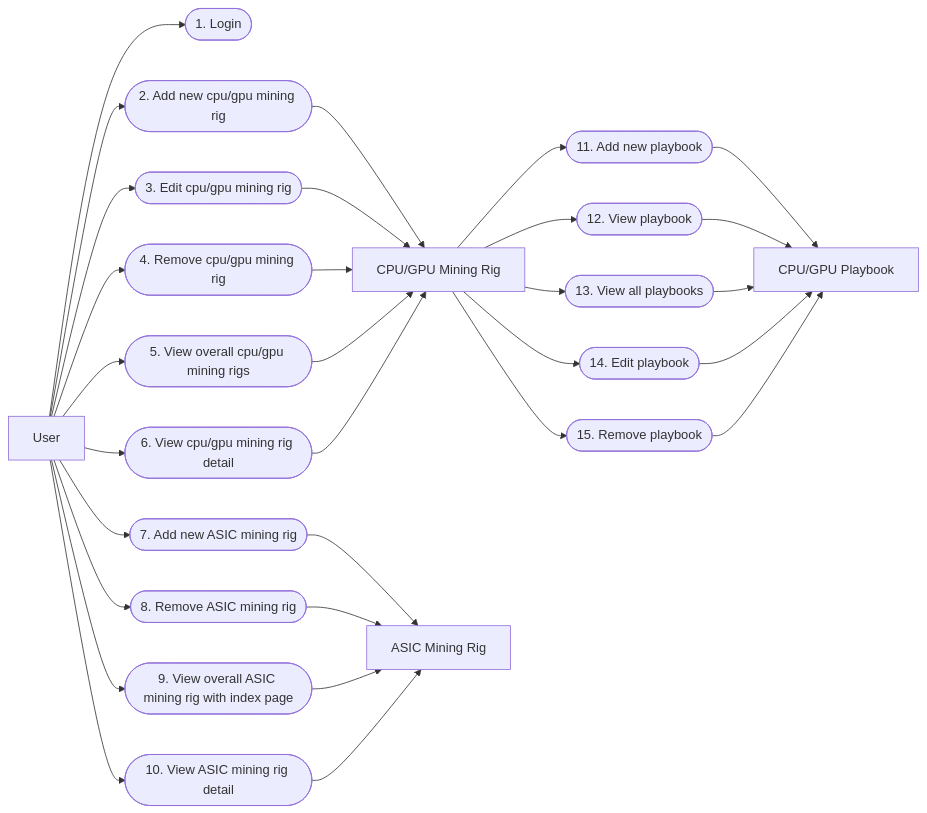
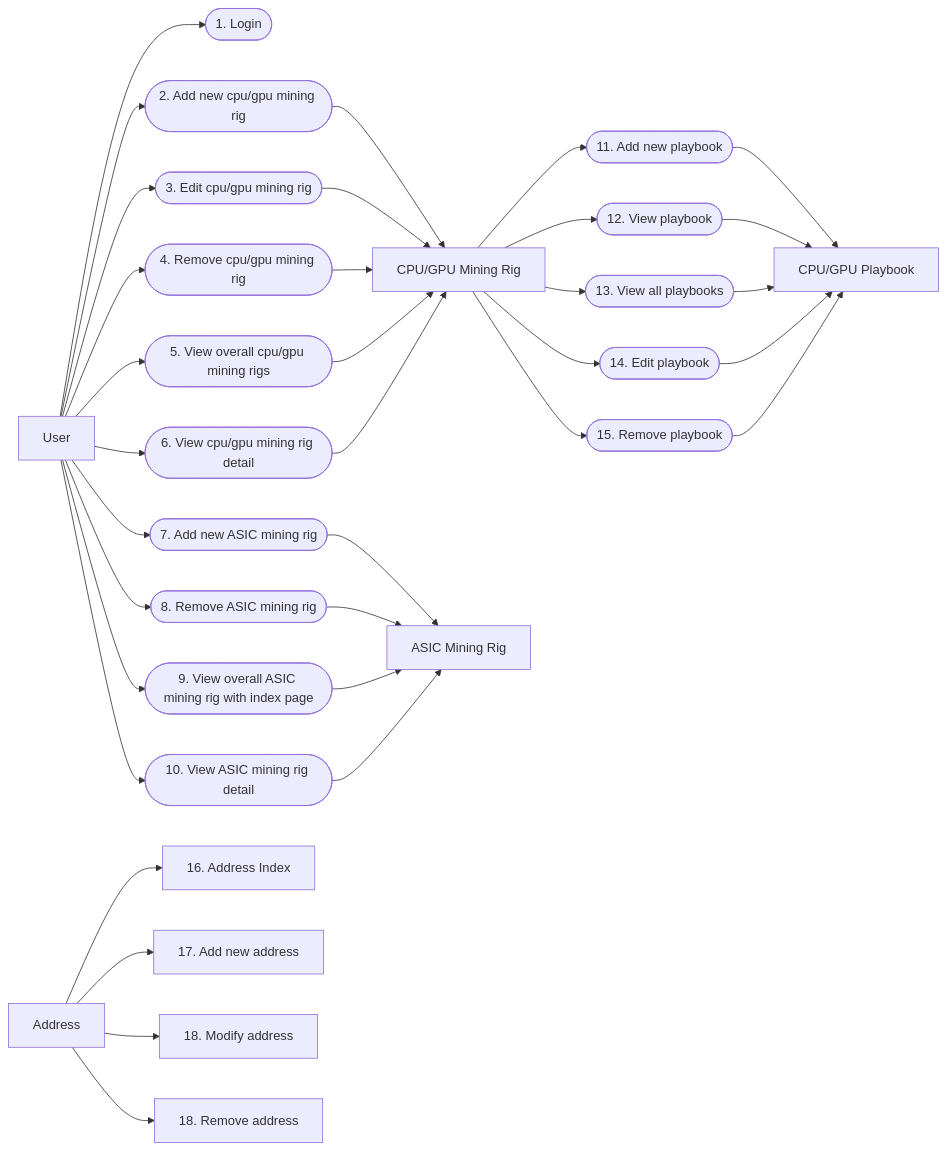
One commit to nguyenvinhlinh/Mining-Rig-Monitor-Document changed the diagram in docs/02-features.md. Above: the diagram before and after it, drawn with Mermaid.

Commit message:
add address feature.

````diff
--- a/docs/02-features.md
+++ b/docs/02-features.md
@@ -8,54 +8,61 @@
 ```mermaid
 flowchart LR
     User
     cpu-gpu-mining-rig[CPU/GPU Mining Rig]
     asic-mining-rig[ASIC Mining Rig]
     cpu-gpu-playbook[CPU/GPU Playbook]
+    address-book[Address]
 
     User --> f1([1. Login])
 
     User --> f2([2. Add new cpu/gpu mining rig])
     f2 --> cpu-gpu-mining-rig
 
     User --> f3([3. Edit cpu/gpu mining rig])
     f3 --> cpu-gpu-mining-rig
 
     User --> f4([4. Remove cpu/gpu mining rig])
     f4 --> cpu-gpu-mining-rig
 
     User --> f5([5. View overall cpu/gpu mining rigs])
     f5 --> cpu-gpu-mining-rig
 
     User --> f6([6. View cpu/gpu mining rig detail])
     f6 --> cpu-gpu-mining-rig
 
 
     User --> f7([7. Add new ASIC mining rig])
     f7 --> asic-mining-rig
 
     User --> f8([8. Remove ASIC mining rig])
     f8 --> asic-mining-rig
 
     User --> f9([9. View overall ASIC mining rig with index page])
     f9 --> asic-mining-rig
 
 
     User --> f10([10. View ASIC mining rig detail])
     f10 --> asic-mining-rig
 
 
     cpu-gpu-mining-rig --> f11([11. Add new playbook])
     f11 --> cpu-gpu-playbook
 
     cpu-gpu-mining-rig --> f12([12. View  playbook])
     f12 --> cpu-gpu-playbook
 
     cpu-gpu-mining-rig --> f13([13. View  all playbooks])
     f13 --> cpu-gpu-playbook
 
     cpu-gpu-mining-rig --> f14([14. Edit playbook])
     f14 --> cpu-gpu-playbook
 
     cpu-gpu-mining-rig --> f15([15. Remove playbook])
     f15 --> cpu-gpu-playbook
+
+
+    address-book --> f16[16. Address Index]
+    address-book --> f17[17. Add new address]
+    address-book --> f18[18. Modify address]
+    address-book --> f19[18. Remove address]
 ```
````
